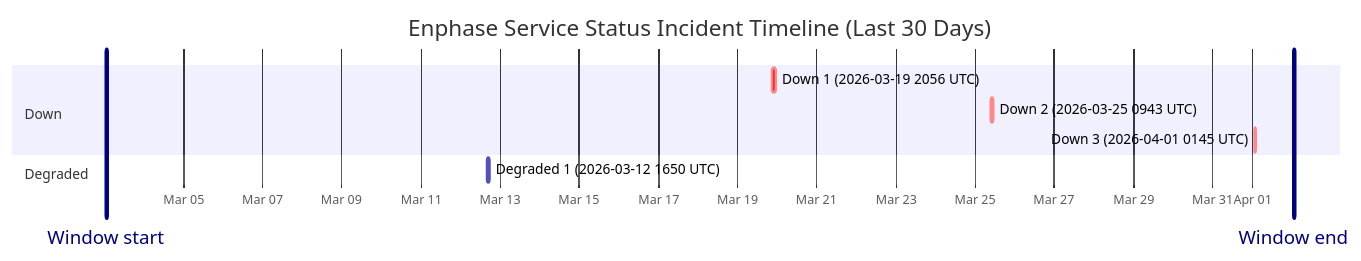
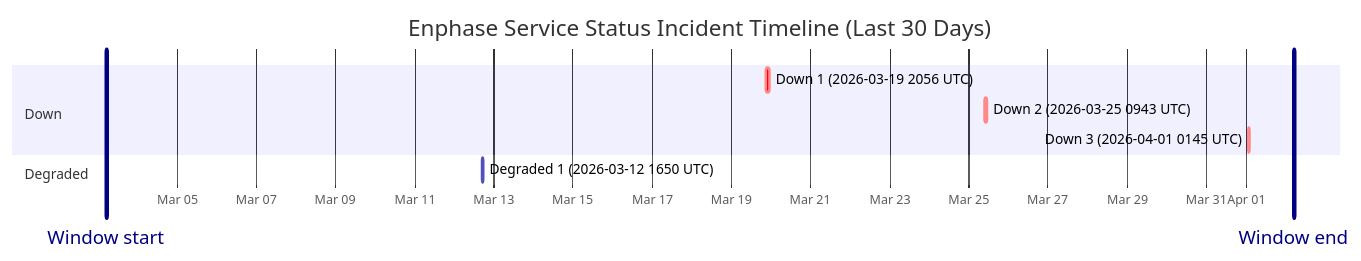
One commit to barneyonline/ha-enphase-ev-charger changed the diagram in wiki/Service-Status-History.md. Above: the diagram before and after it, drawn with Mermaid. The commit also changed other lines of this file and 3 other files, not shown here.

````diff
--- a/wiki/Service-Status-History.md
+++ b/wiki/Service-Status-History.md
@@ -14,14 +14,14 @@
 ```mermaid
 gantt
     title Enphase Service Status Incident Timeline (Last 30 Days)
     dateFormat  YYYY-MM-DDTHH:mm:ss
     axisFormat  %b %d
-    Window start :vert, window-start, 2026-03-03T01:21:30, 0ms
-    Window end :vert, window-end, 2026-04-02T01:21:30, 0ms
+    Window start :vert, window-start, 2026-03-03T05:02:01, 0ms
+    Window end :vert, window-end, 2026-04-02T05:02:01, 0ms
     section Down
     Down 1 (2026-03-19 2056 UTC) :crit, down-1, 2026-03-19T20:56:20, 145m
     Down 2 (2026-03-25 0943 UTC) :crit, down-2, 2026-03-25T09:43:28, 111m
     Down 3 (2026-04-01 0145 UTC) :crit, down-3, 2026-04-01T01:45:09, 60m
     section Degraded
     Degraded 1 (2026-03-12 1650 UTC) :active, degraded-1, 2026-03-12T16:50:43, 60m
 ```
````
